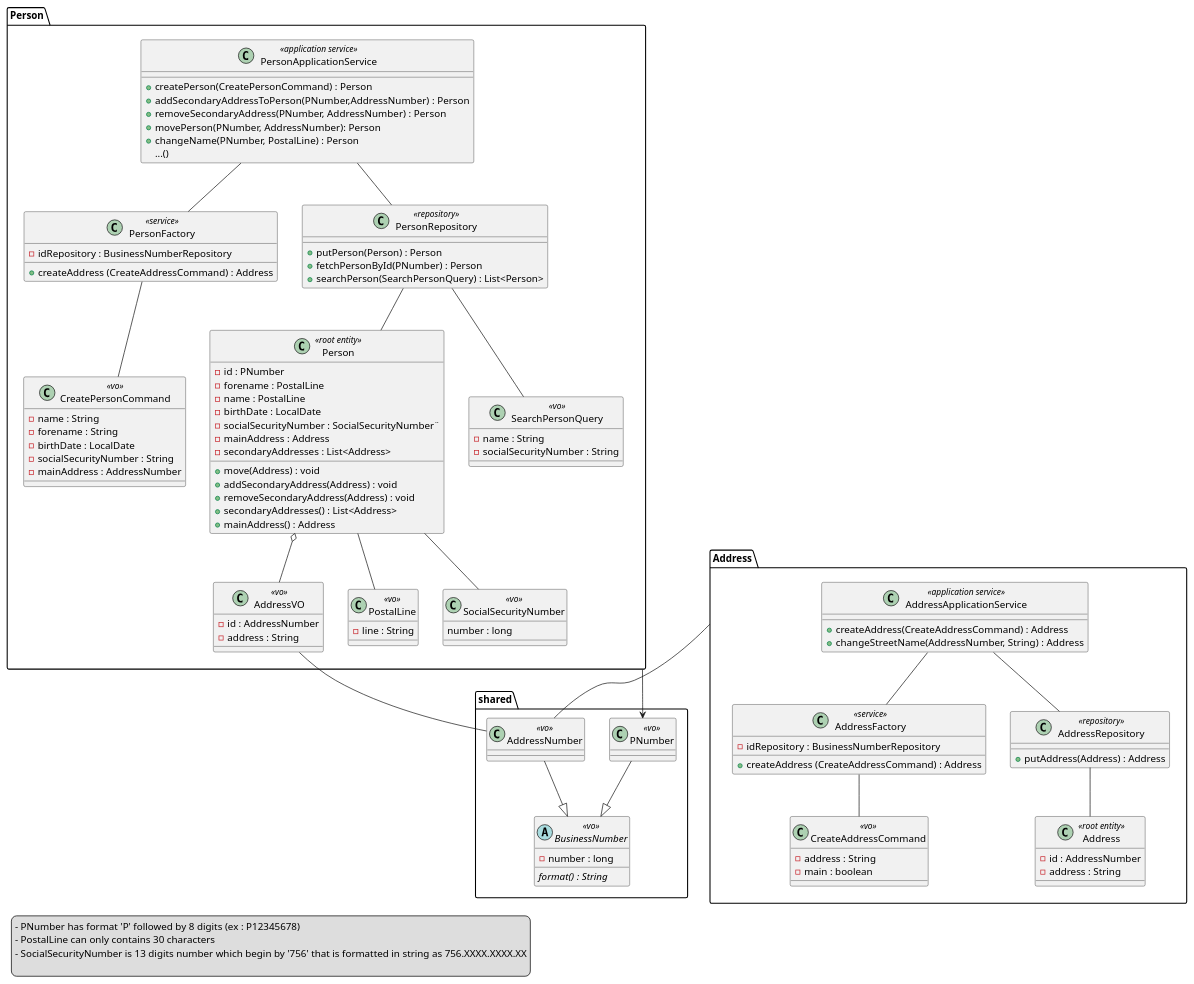
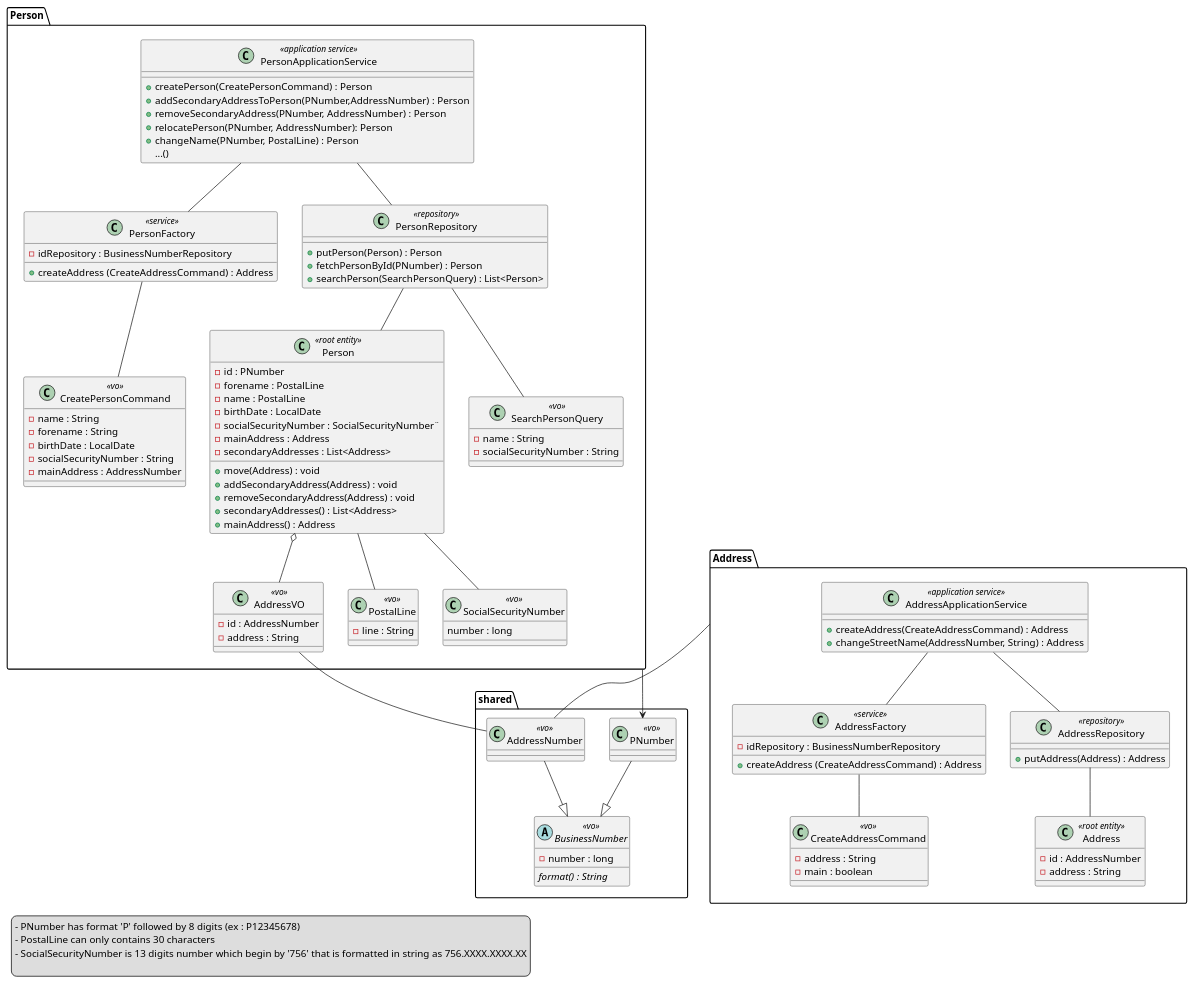
Before and after one commit to McKratt/microservice-sandbox: the diagram in person/person-domain/PersonDomainVariante.puml, drawn with PlantUML. The commit also changed 108 other files, not shown here.

```diff
--- a/person/person-domain/PersonDomainVariante.puml
+++ b/person/person-domain/PersonDomainVariante.puml
@@ -1,123 +1,123 @@
 @startuml
 package Person {
     class PersonApplicationService <<application service>> {
         + createPerson(CreatePersonCommand) : Person
         + addSecondaryAddressToPerson(PNumber,AddressNumber) : Person
         + removeSecondaryAddress(PNumber, AddressNumber) : Person
-        + movePerson(PNumber, AddressNumber): Person
+        + relocatePerson(PNumber, AddressNumber): Person
         + changeName(PNumber, PostalLine) : Person
         ...()
     }
     class PersonFactory <<service>> {
         - idRepository : BusinessNumberRepository
         + createAddress (CreateAddressCommand) : Address
     }
     class PersonRepository <<repository>> {
         + putPerson(Person) : Person
         + fetchPersonById(PNumber) : Person
         + searchPerson(SearchPersonQuery) : List<Person>
     }
     class CreatePersonCommand <<vo>> {
         - name : String
         - forename : String
         - birthDate : LocalDate
         - socialSecurityNumber : String
         - mainAddress : AddressNumber
     }
     class SearchPersonQuery <<vo>> {
         - name : String
         - socialSecurityNumber : String
     }
     class Person <<root entity>> {
         - id : PNumber
         - forename : PostalLine
         - name : PostalLine
         - birthDate : LocalDate
         - socialSecurityNumber : SocialSecurityNumber¨
         - mainAddress : Address
         - secondaryAddresses : List<Address>
         + move(Address) : void
         + addSecondaryAddress(Address) : void
         + removeSecondaryAddress(Address) : void
         + secondaryAddresses() : List<Address>
         + mainAddress() : Address
     }
     class AddressVO <<vo>> {
         - id : AddressNumber
         - address : String
     }
     class PostalLine <<vo>> {
         - line : String
     }
     class SocialSecurityNumber <<vo>> {
         number : long
     }
     PersonApplicationService -- PersonFactory
     PersonApplicationService -- PersonRepository
 
     PersonFactory -- CreatePersonCommand
 
     PersonRepository -- Person
     PersonRepository -- SearchPersonQuery
 
     Person -- PostalLine
     Person o-- AddressVO
     Person -- SocialSecurityNumber
 
 }
 
 package Address {
     class AddressApplicationService <<application service>> {
         + createAddress(CreateAddressCommand) : Address
         + changeStreetName(AddressNumber, String) : Address
     }
     class AddressFactory <<service>> {
         - idRepository : BusinessNumberRepository
         + createAddress (CreateAddressCommand) : Address
     }
     class AddressRepository <<repository>> {
         + putAddress(Address) : Address
     }
     class CreateAddressCommand <<vo>> {
         - address : String
         - main : boolean
     }
     class Address <<root entity>> {
         - id : AddressNumber
         - address : String
     }
 
     AddressApplicationService -- AddressRepository
     AddressApplicationService -- AddressFactory
 
     AddressFactory -- CreateAddressCommand
 
     AddressRepository -- Address
 }
 
 package shared {
     class AddressNumber <<vo>>
     class PNumber <<vo>>
 
     abstract BusinessNumber <<vo>> {
         - number : long
         {abstract} format() : String
     }
 
     PNumber --|> BusinessNumber
     
     AddressNumber --|> BusinessNumber
 }
 
 Address -- AddressNumber
 AddressVO -- AddressNumber
 Person -> PNumber
 
 legend left
 - PNumber has format 'P' followed by 8 digits (ex : P12345678)
 - PostalLine can only contains 30 characters
 - SocialSecurityNumber is 13 digits number which begin by '756' that is formatted in string as 756.XXXX.XXXX.XX
 
 end legend
 
 @enduml
```
